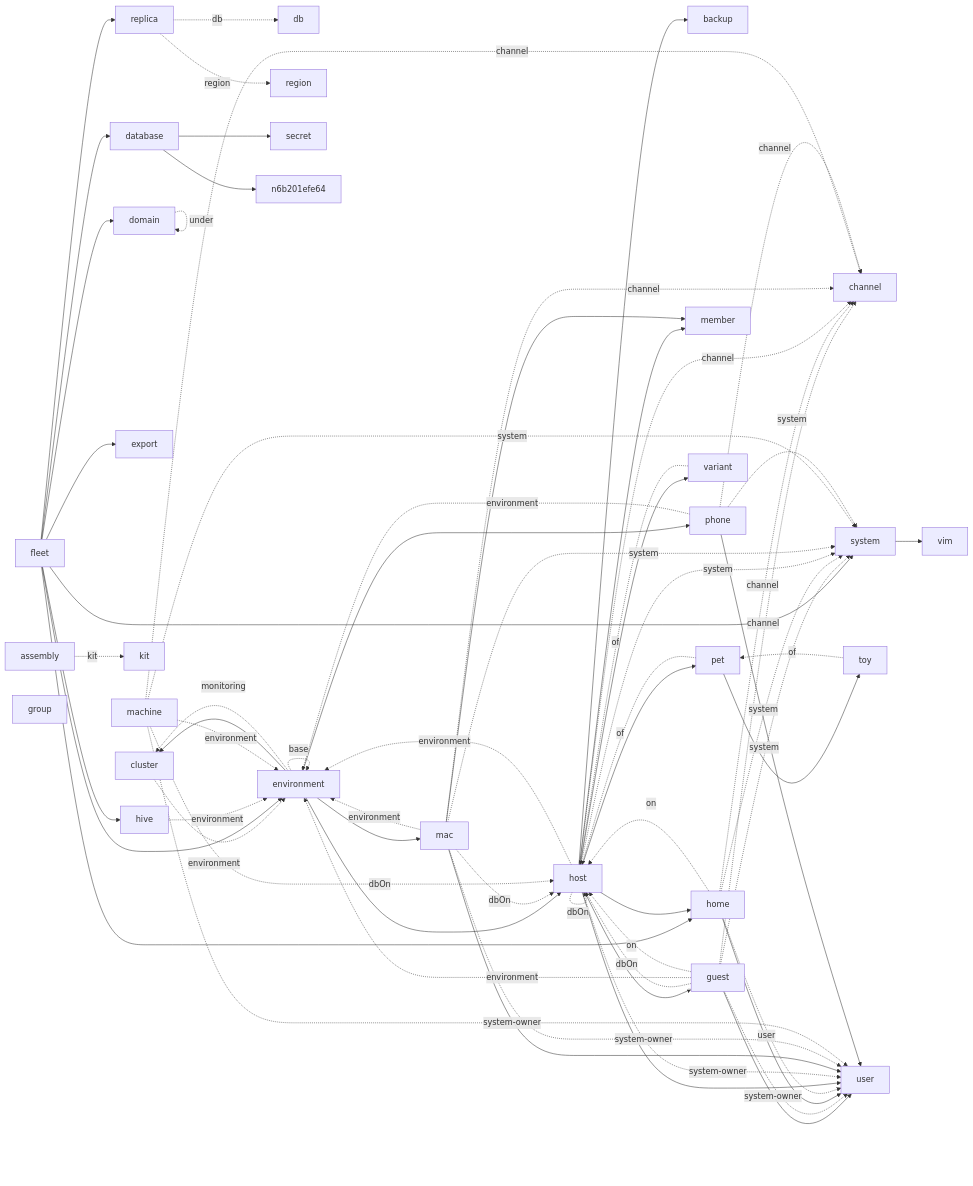
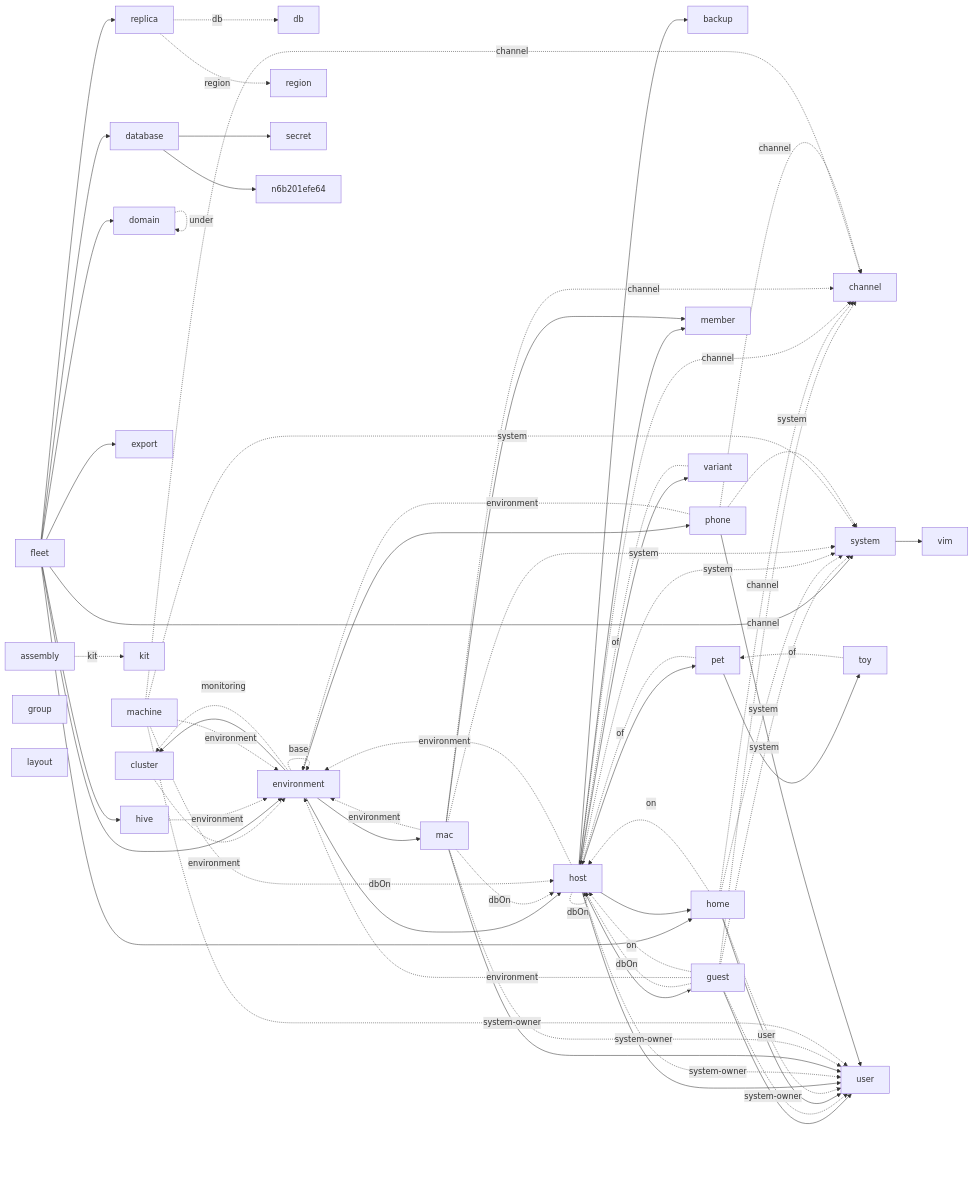
Before and after one commit to vic/sven: the second of 12 diagrams in templates/fleet/README.md, drawn with Mermaid. The commit also changed other lines of this file and 106 other files, not shown here.

```diff
--- a/templates/fleet/README.md
+++ b/templates/fleet/README.md
@@ -777,6 +828,7 @@
   nd265c5f895["home"]
   n91a43a88c2["host"]
   n969fdcbc29["kit"]
+  n227773463f["layout"]
   n25061baf77["mac"]
   n5e4f590e9f["machine"]
   nf384c24853["member"]
```
